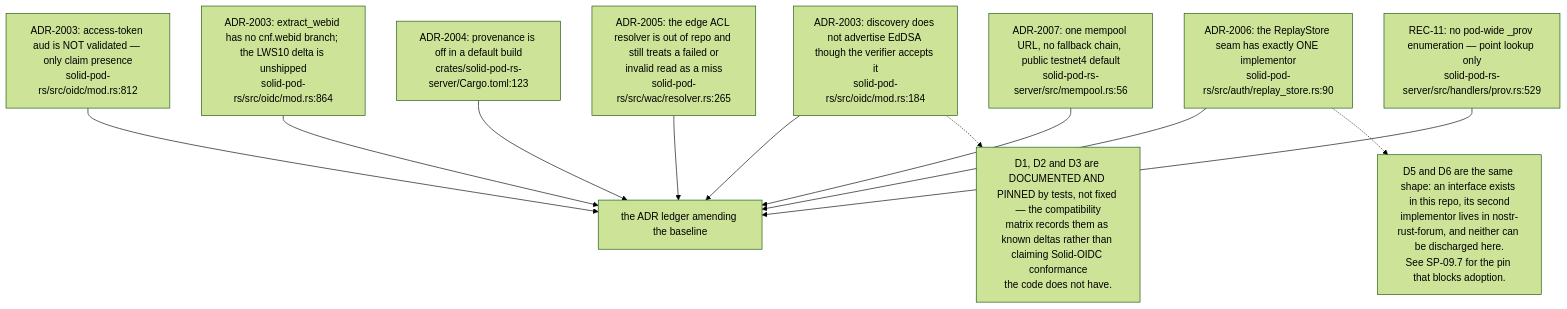
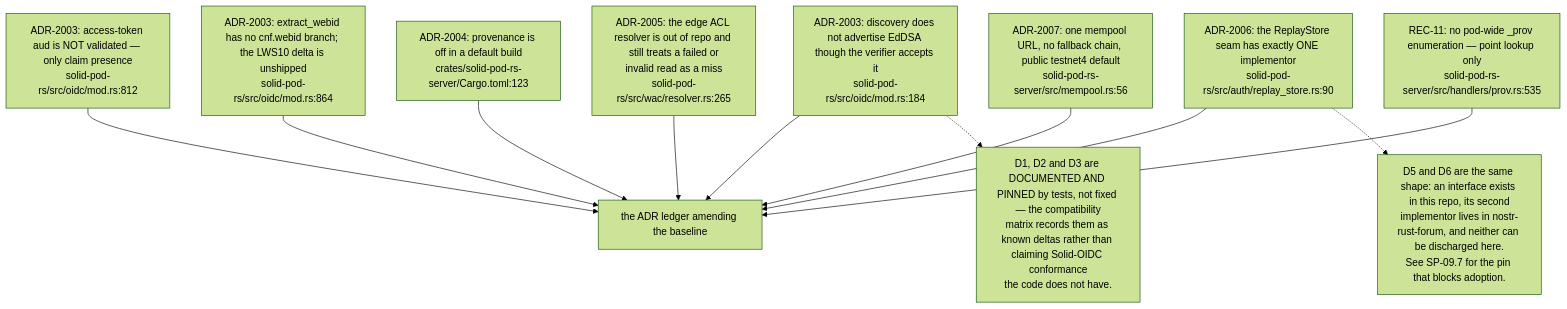
The sixth of 12 diagrams in docs/diagrams/solid-pod-rs/10-failure-modes-and-invariants.md (DreamLab-AI/VisionFlow), drawn with Mermaid (forest theme) before and after one commit. The commit also changed other lines of this file and 111 other files, not shown here.

Commit message:
docs(diagrams): align estate maps with current source

````diff
--- a/docs/diagrams/solid-pod-rs/10-failure-modes-and-invariants.md
+++ b/docs/diagrams/solid-pod-rs/10-failure-modes-and-invariants.md
@@ -172,25 +171,25 @@
 ```mermaid
 flowchart TD
     D1["ADR-2003: access-token aud is NOT validated — only claim presence<br/>solid-pod-rs/src/oidc/mod.rs:812"]
     D2["ADR-2003: extract_webid has no cnf.webid branch; the LWS10 delta is unshipped<br/>solid-pod-rs/src/oidc/mod.rs:864"]
     D3["ADR-2003: discovery does not advertise EdDSA though the verifier accepts it<br/>solid-pod-rs/src/oidc/mod.rs:184"]
     D4["ADR-2004: provenance is off in a default build<br/>crates/solid-pod-rs-server/Cargo.toml:123"]
     D5["ADR-2005: the edge ACL resolver is out of repo and still treats a failed or<br/>invalid read as a miss<br/>solid-pod-rs/src/wac/resolver.rs:265"]
     D6["ADR-2006: the ReplayStore seam has exactly ONE implementor<br/>solid-pod-rs/src/auth/replay_store.rs:90"]
     D7["ADR-2007: one mempool URL, no fallback chain, public testnet4 default<br/>solid-pod-rs-server/src/mempool.rs:56"]
-    D8["REC-11: no pod-wide _prov enumeration — point lookup only<br/>solid-pod-rs-server/src/handlers/prov.rs:529"]
+    D8["REC-11: no pod-wide _prov enumeration — point lookup only<br/>solid-pod-rs-server/src/handlers/prov.rs:535"]
 
     D1 --> LEDGER["the ADR ledger amending the baseline"]
     D2 --> LEDGER
     D3 --> LEDGER
     D4 --> LEDGER
     D5 --> LEDGER
     D6 --> LEDGER
     D7 --> LEDGER
     D8 --> LEDGER
 
     N["D1, D2 and D3 are DOCUMENTED AND PINNED by tests, not fixed — the compatibility<br/>matrix records them as known deltas rather than claiming Solid-OIDC conformance<br/>the code does not have."]
     D3 -.-> N
     N2["D5 and D6 are the same shape: an interface exists in this repo, its second<br/>implementor lives in nostr-rust-forum, and neither can be discharged here.<br/>See SP-09.7 for the pin that blocks adoption."]
     D6 -.-> N2
 ```
````
